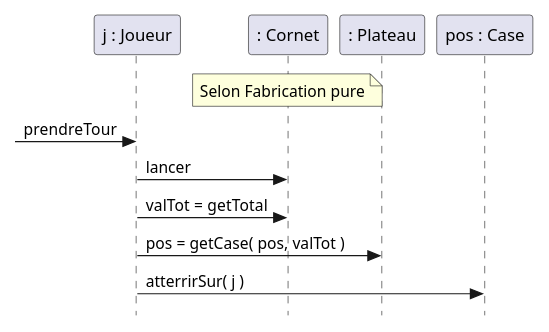
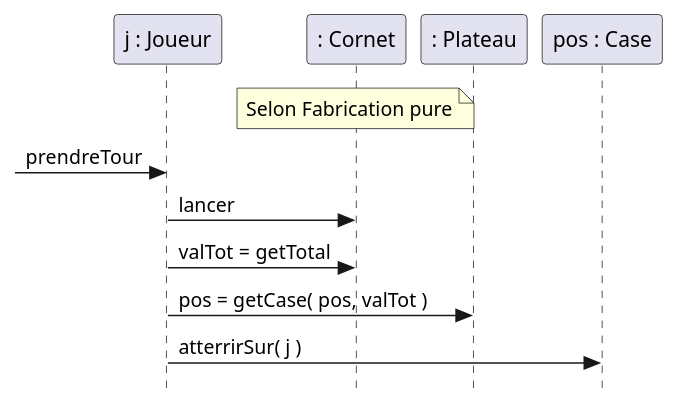
Before and after one commit to fuhrmanator/log210-ndc-quarto: the fourth of 6 diagrams in Exercices.qmd, drawn with PlantUML. The commit also changed other lines of this file, not shown here.

````diff
--- a/Exercices.qmd
+++ b/Exercices.qmd
@@ -111,18 +112,16 @@
-```{.plantuml}
-@startuml
-skinparam style strictuml
-scale 0.8
-participant "j : Joueur" as j
-participant ": Cornet" as c
-participant ": Plateau" as p
-participant "pos : Case" as pos
+    @startuml
+    skinparam style strictuml
+    scale 1.0
+    participant "j : Joueur" as j
+    participant ": Cornet" as c
+    participant ": Plateau" as p
+    participant "pos : Case" as pos
 
-note over c : Selon Fabrication pure
--> j : prendreTour
-j -> c : lancer
-j -> c : valTot = getTotal
+    note over c : Selon Fabrication pure
+    -> j : prendreTour
+    j -> c : lancer
+    j -> c : valTot = getTotal
 
-j -> p : pos = getCase( pos, valTot )
-j -> pos : atterrirSur( j )
-@enduml
-```
+    j -> p : pos = getCase( pos, valTot )
+    j -> pos : atterrirSur( j )
+    @enduml
````
